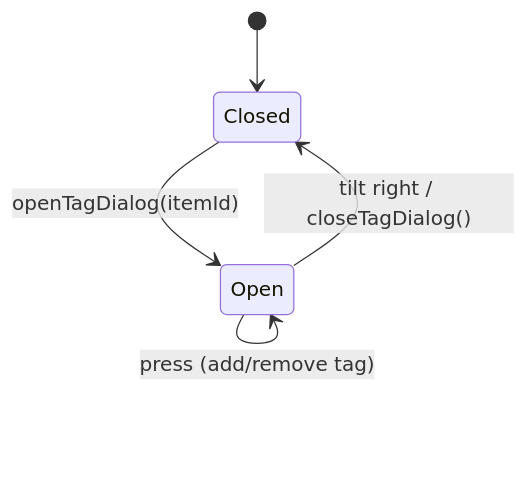
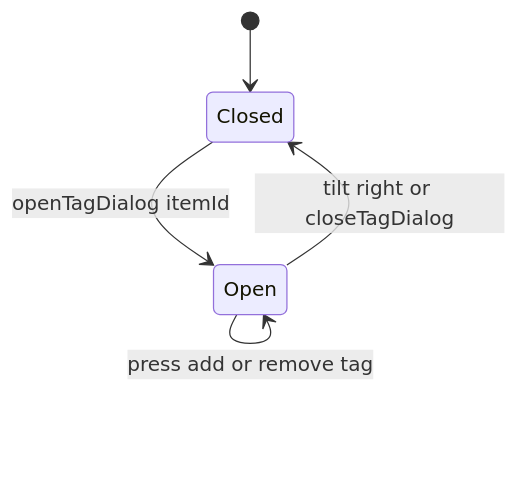
Before and after one commit to MarkusTratschitt/Drumcomputer: the first of 2 diagrams in diagrams/tag-dialog.md, drawn with Mermaid. The commit also changed other lines of this file and 9 other files, not shown here.

Commit message:
feat: update mermaid diagrams for improved clarity and consistency in function calls

````diff
--- a/diagrams/tag-dialog.md
+++ b/diagrams/tag-dialog.md
@@ -3,8 +3,8 @@
 ```mermaid
 stateDiagram-v2
     [*] --> Closed
-    Closed --> Open: openTagDialog(itemId)
-    Open --> Open: turn encoder (scroll tags)
-    Open --> Open: press (add/remove tag)
-    Open --> Closed: tilt right / closeTagDialog()
+    Closed --> Open: openTagDialog itemId
+    Open --> Open: turn encoder scroll tags
+    Open --> Open: press add or remove tag
+    Open --> Closed: tilt right or closeTagDialog
 ```
````
